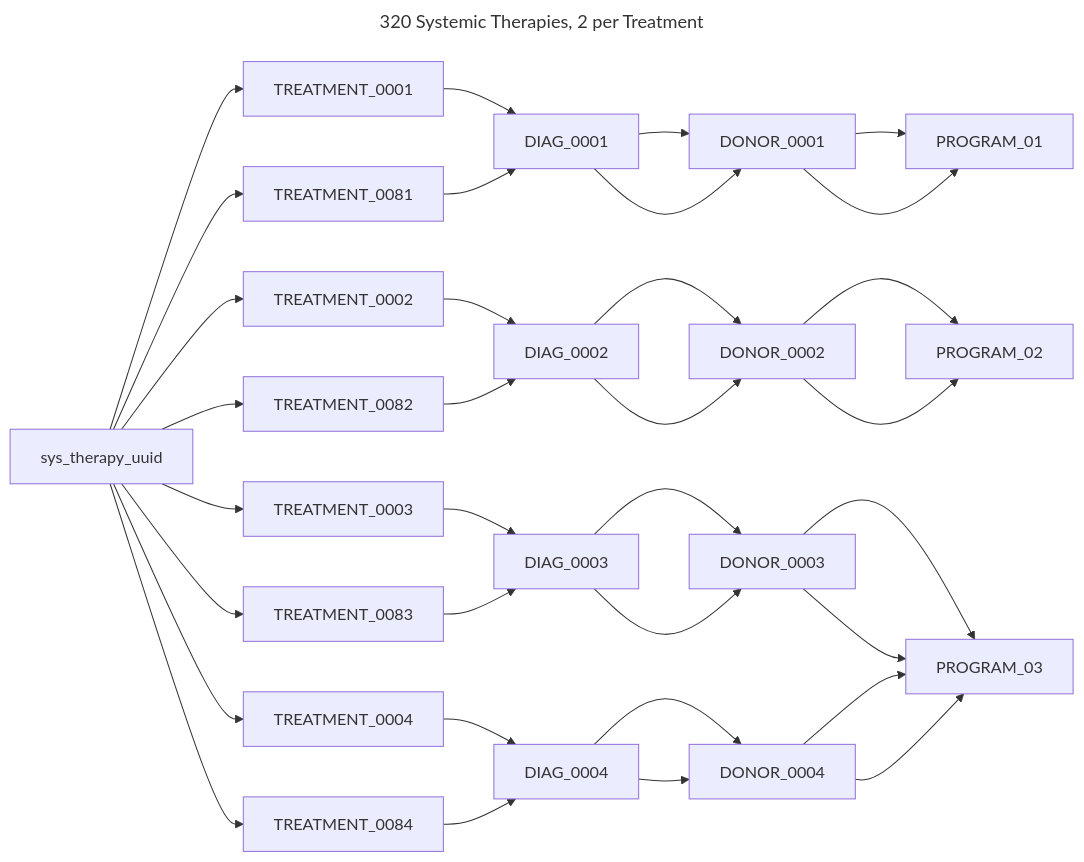
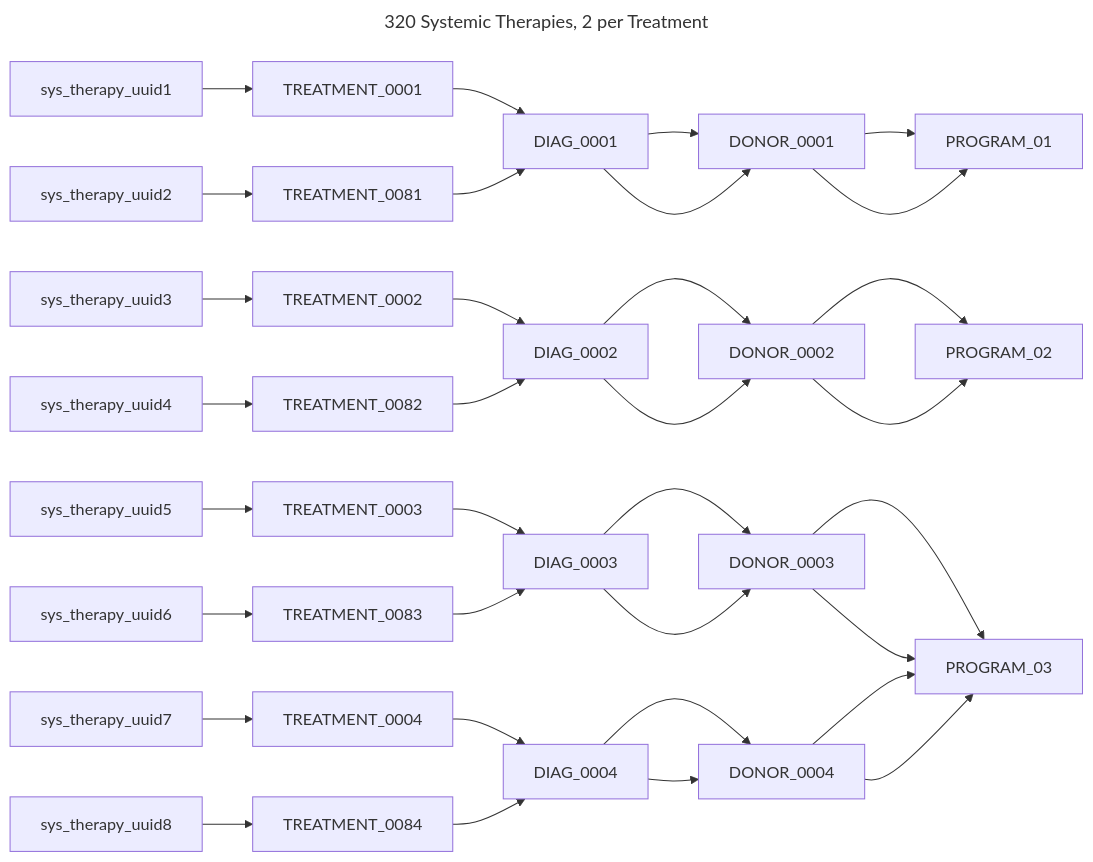
The sixth of 13 diagrams in chord_metadata_service/mohpackets/data/small_dataset/README.md (CanDIG/katsu), drawn with Mermaid before and after one commit. The commit also changed other lines of this file, not shown here.

Commit message:
adjust sample graph

````diff
--- a/chord_metadata_service/mohpackets/data/small_dataset/README.md
+++ b/chord_metadata_service/mohpackets/data/small_dataset/README.md
@@ -110,14 +114,14 @@
 ```mermaid
 ---
 title: 320 Systemic Therapies, 2 per Treatment
 ---
 graph LR;  
-  sys_therapy_uuid --> TREATMENT_0001 --> DIAG_0001 --> DONOR_0001 --> PROGRAM_01;
-  sys_therapy_uuid --> TREATMENT_0081 --> DIAG_0001 --> DONOR_0001 --> PROGRAM_01;  
-  sys_therapy_uuid --> TREATMENT_0002 --> DIAG_0002 --> DONOR_0002 --> PROGRAM_02; 
-  sys_therapy_uuid --> TREATMENT_0082 --> DIAG_0002 --> DONOR_0002 --> PROGRAM_02;  
-  sys_therapy_uuid --> TREATMENT_0003 --> DIAG_0003 --> DONOR_0003 --> PROGRAM_03; 
-  sys_therapy_uuid --> TREATMENT_0083 --> DIAG_0003 --> DONOR_0003 --> PROGRAM_03; 
-  sys_therapy_uuid --> TREATMENT_0004 --> DIAG_0004 --> DONOR_0004 --> PROGRAM_03; 
-  sys_therapy_uuid --> TREATMENT_0084 --> DIAG_0004 --> DONOR_0004 --> PROGRAM_03; 
+  sys_therapy_uuid1 --> TREATMENT_0001 --> DIAG_0001 --> DONOR_0001 --> PROGRAM_01;
+  sys_therapy_uuid2 --> TREATMENT_0081 --> DIAG_0001 --> DONOR_0001 --> PROGRAM_01;  
+  sys_therapy_uuid3 --> TREATMENT_0002 --> DIAG_0002 --> DONOR_0002 --> PROGRAM_02; 
+  sys_therapy_uuid4 --> TREATMENT_0082 --> DIAG_0002 --> DONOR_0002 --> PROGRAM_02;  
+  sys_therapy_uuid5 --> TREATMENT_0003 --> DIAG_0003 --> DONOR_0003 --> PROGRAM_03; 
+  sys_therapy_uuid6 --> TREATMENT_0083 --> DIAG_0003 --> DONOR_0003 --> PROGRAM_03; 
+  sys_therapy_uuid7 --> TREATMENT_0004 --> DIAG_0004 --> DONOR_0004 --> PROGRAM_03; 
+  sys_therapy_uuid8 --> TREATMENT_0084 --> DIAG_0004 --> DONOR_0004 --> PROGRAM_03; 
 ```
````
